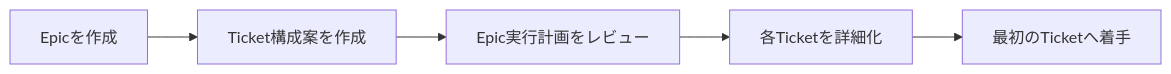
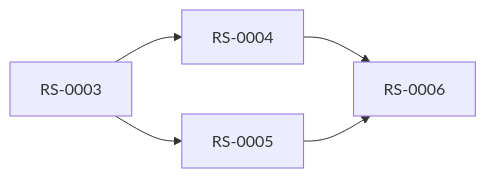
The second of 2 diagrams in メモ.md (takashit16833/RAGScope), drawn with Mermaid before and after one commit. The commit also changed other lines of this file and 13 other files, not shown here.

````diff
--- a/メモ.md
+++ b/メモ.md
@@ -180,10 +55,10 @@
 ```mermaid
 flowchart LR
-    Epic["Epicを作成"]
-    Skeleton["Ticket構成案を作成"]
-    Review["Epic実行計画をレビュー"]
-    Detail["各Ticketを詳細化"]
-    Start["最初のTicketへ着手"]
+    RS0003["RS-0003"]
+    RS0004["RS-0004"]
+    RS0005["RS-0005"]
+    RS0006["RS-0006"]
 
-    Epic --> Skeleton --> Review --> Detail --> Start
+    RS0003 --> RS0004 --> RS0006
+    RS0003 --> RS0005 --> RS0006
 ```
````
